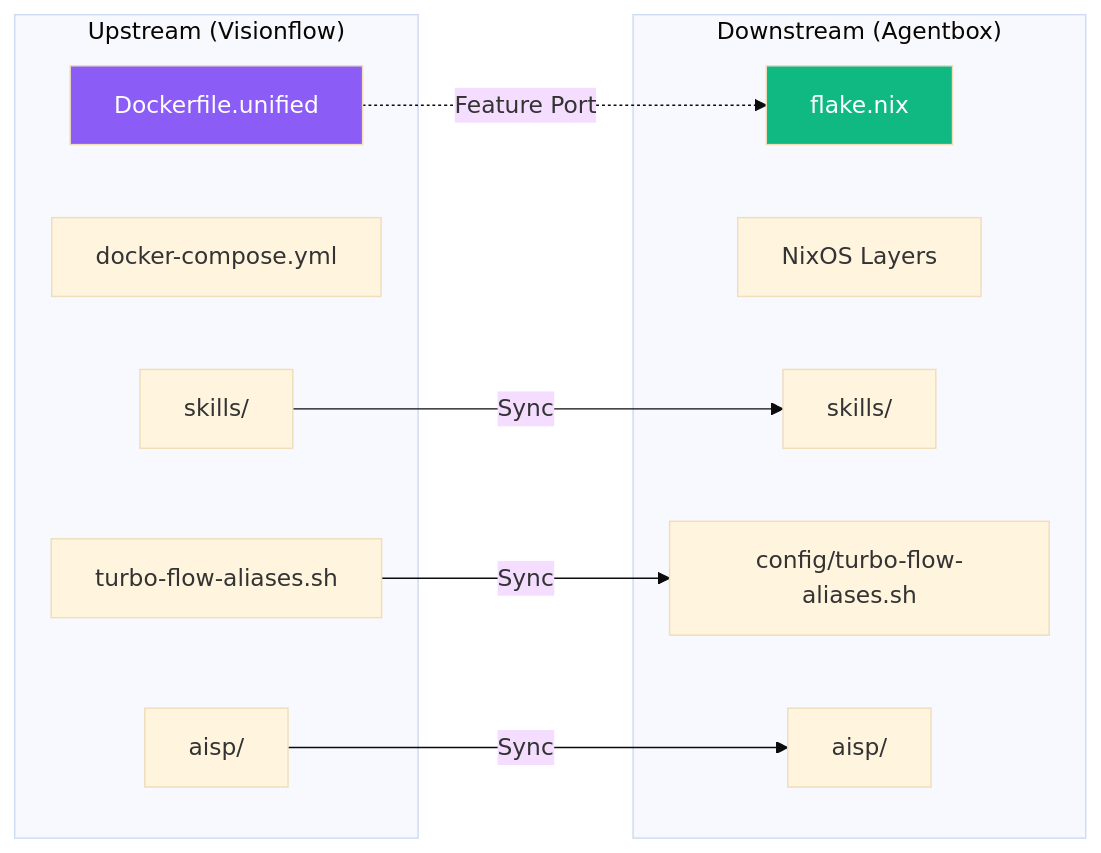
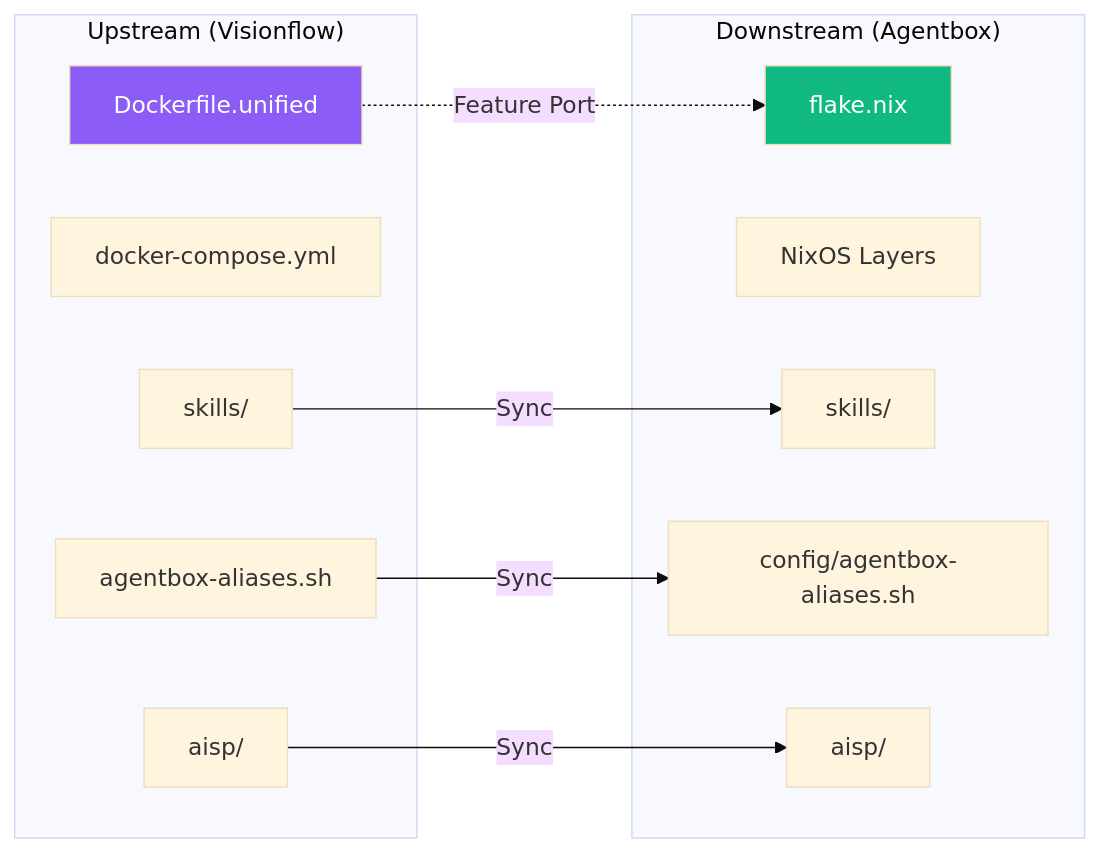
Before and after one commit to DreamLab-AI/agentbox: the first of 6 diagrams in docs/adr/ADR-004-upstream-sync.md, drawn with Mermaid (base theme). The commit also changed other lines of this file and 1132 other files, not shown here.

````diff
--- a/docs/adr/ADR-004-upstream-sync.md
+++ b/docs/adr/ADR-004-upstream-sync.md
@@ -11,26 +11,26 @@
 ```mermaid
 graph LR
     subgraph "Upstream (Visionflow)"
         UP1[Dockerfile.unified]
         UP2[docker-compose.yml]
         UP3[skills/]
-        UP4[turbo-flow-aliases.sh]
+        UP4[agentbox-aliases.sh]
         UP5[aisp/]
     end
 
     subgraph "Downstream (Agentbox)"
         DOWN1[flake.nix]
         DOWN2[NixOS Layers]
         DOWN3[skills/]
-        DOWN4[config/turbo-flow-aliases.sh]
+        DOWN4[config/agentbox-aliases.sh]
         DOWN5[aisp/]
     end
 
     UP1 -.->|"Feature Port"| DOWN1
     UP3 -->|"Sync"| DOWN3
     UP4 -->|"Sync"| DOWN4
     UP5 -->|"Sync"| DOWN5
 
     style UP1 fill:#8b5cf6,color:#fff
     style DOWN1 fill:#10b981,color:#fff
 ```
````
